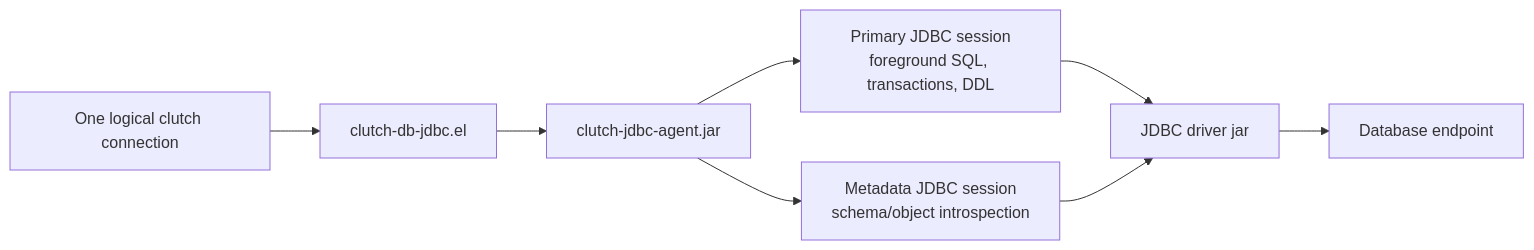
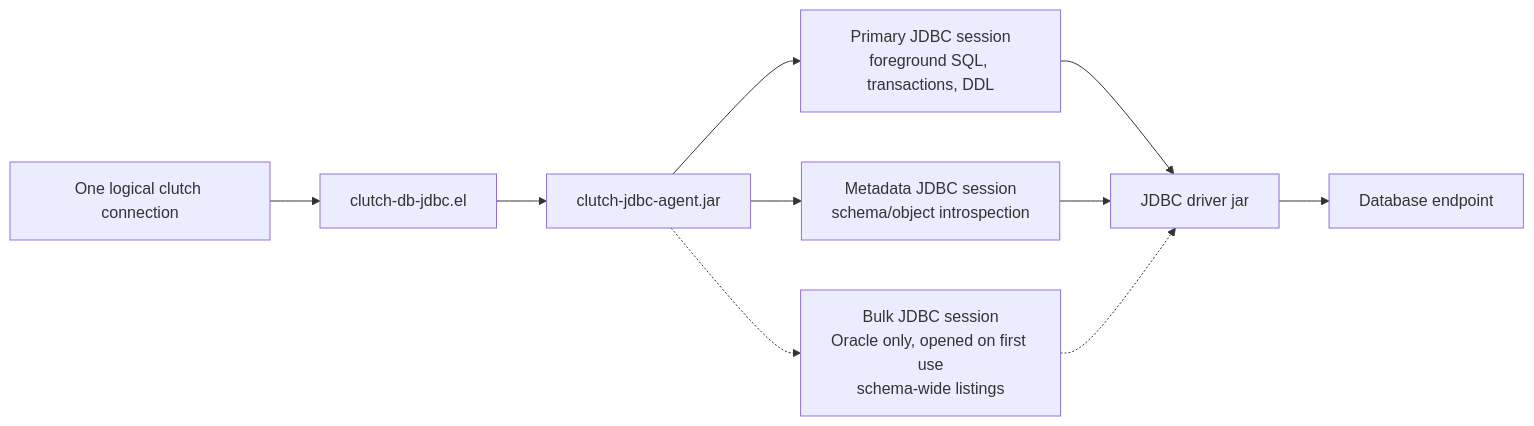
One commit to LuciusChen/clutch changed the sixth of 6 diagrams in docs/architecture.md. Above: the diagram before and after it, drawn with Mermaid. The commit also changed other lines of this file, not shown here.

First line of the commit message:
Bring the architecture diagrams up to date

````diff
--- a/docs/architecture.md
+++ b/docs/architecture.md
@@ -221,18 +230,21 @@
 ```mermaid
 flowchart LR
   ClutchConn["One logical clutch connection"]
   JDBCAdapter["clutch-db-jdbc.el"]
   Agent["clutch-jdbc-agent.jar"]
   Primary["Primary JDBC session<br/>foreground SQL, transactions, DDL"]
   Metadata["Metadata JDBC session<br/>schema/object introspection"]
+  Bulk["Bulk JDBC session<br/>Oracle only, opened on first use<br/>schema-wide listings"]
   Driver["JDBC driver jar"]
   DB["Database endpoint"]
 
   ClutchConn --> JDBCAdapter
   JDBCAdapter --> Agent
   Agent --> Primary
   Agent --> Metadata
+  Agent -.-> Bulk
   Primary --> Driver
   Metadata --> Driver
+  Bulk -.-> Driver
   Driver --> DB
 ```
````
